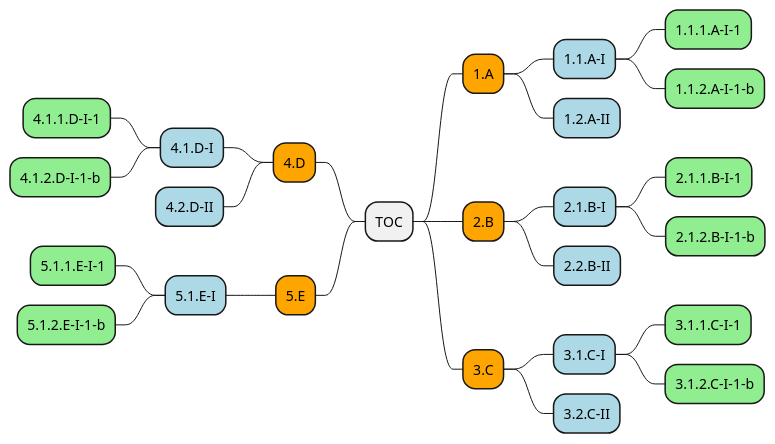
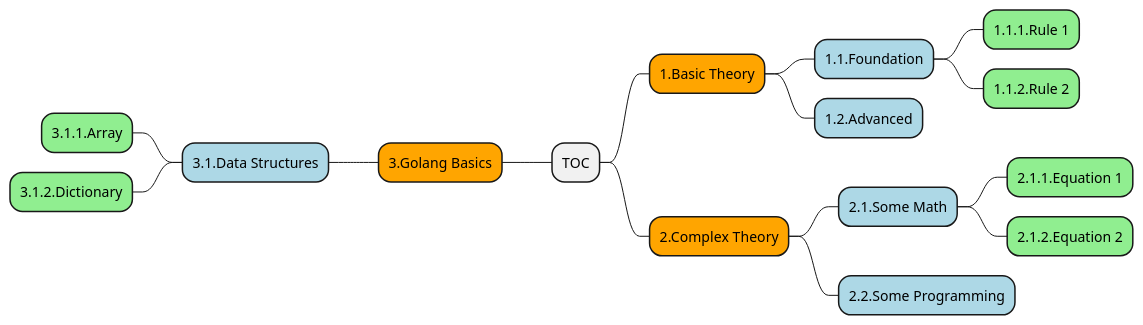
One commit to profAW/toc2mm changed the diagram in examples/beamer_testdocu/my_presentation-toc-mm.plantuml. Above: the diagram before and after it, drawn with PlantUML. The commit also changed 39 other files, not shown here.

```diff
--- a/examples/beamer_testdocu/my_presentation-toc-mm.plantuml
+++ b/examples/beamer_testdocu/my_presentation-toc-mm.plantuml
@@ -1,28 +1,18 @@
 @startmindmap
 * TOC
-**[#Orange] 1.A
-***[#lightblue] 1.1.A-I
-****[#lightgreen] 1.1.1.A-I-1
-****[#lightgreen] 1.1.2.A-I-1-b
-***[#lightblue] 1.2.A-II
-**[#Orange] 2.B
-***[#lightblue] 2.1.B-I
-****[#lightgreen] 2.1.1.B-I-1
-****[#lightgreen] 2.1.2.B-I-1-b
-***[#lightblue] 2.2.B-II
-**[#Orange] 3.C
-***[#lightblue] 3.1.C-I
-****[#lightgreen] 3.1.1.C-I-1
-****[#lightgreen] 3.1.2.C-I-1-b
-***[#lightblue] 3.2.C-II
+**[#Orange] 1.Basic Theory
+***[#lightblue] 1.1.Foundation
+****[#lightgreen] 1.1.1.Rule 1
+****[#lightgreen] 1.1.2.Rule 2
+***[#lightblue] 1.2.Advanced
+**[#Orange] 2.Complex Theory
+***[#lightblue] 2.1.Some Math
+****[#lightgreen] 2.1.1.Equation 1
+****[#lightgreen] 2.1.2.Equation 2
+***[#lightblue] 2.2.Some Programming
 left side
-**[#Orange] 4.D
-***[#lightblue] 4.1.D-I
-****[#lightgreen] 4.1.1.D-I-1
-****[#lightgreen] 4.1.2.D-I-1-b
-***[#lightblue] 4.2.D-II
-**[#Orange] 5.E
-***[#lightblue] 5.1.E-I
-****[#lightgreen] 5.1.1.E-I-1
-****[#lightgreen] 5.1.2.E-I-1-b
+**[#Orange] 3.Golang Basics
+***[#lightblue] 3.1.Data Structures
+****[#lightgreen] 3.1.1.Array
+****[#lightgreen] 3.1.2.Dictionary
 @endmindmap
```
